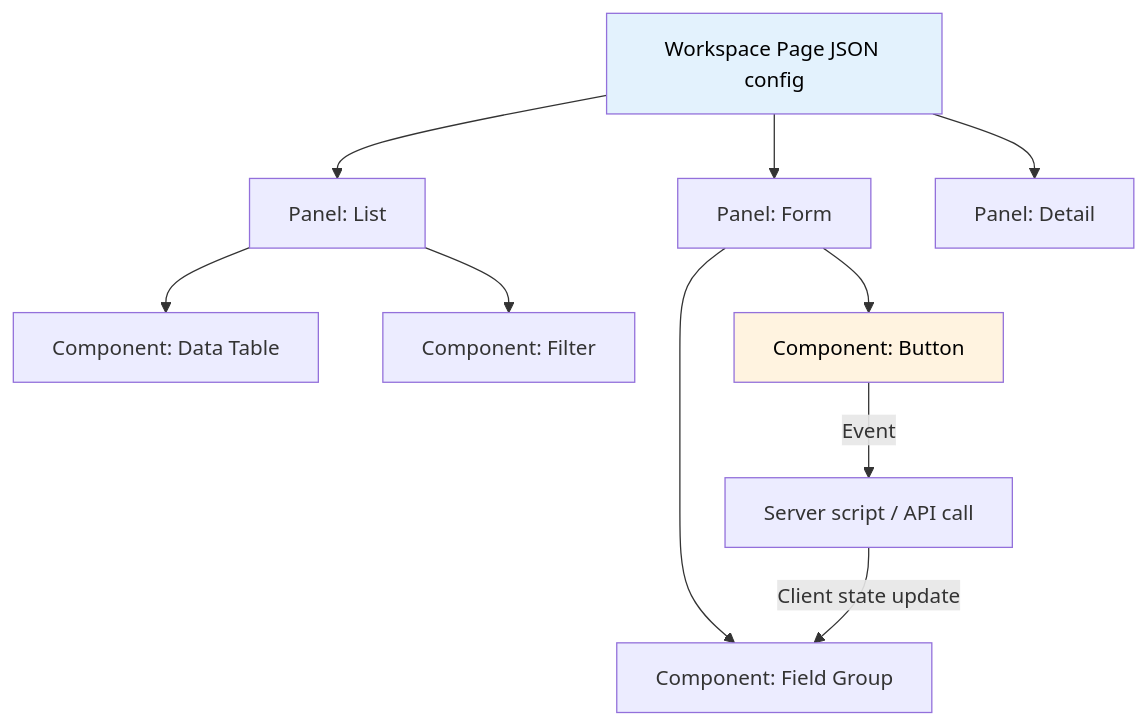
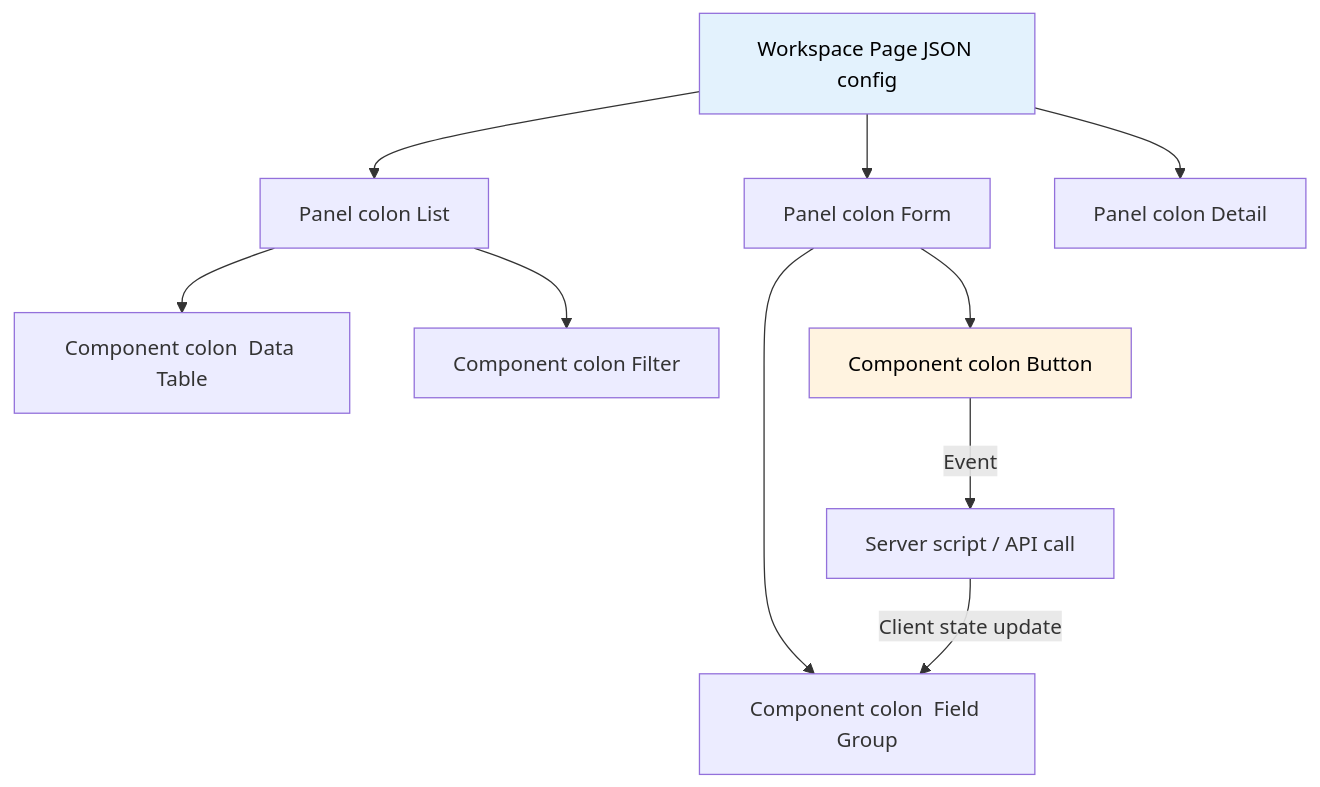
Before and after one commit to eltonaguiar/ServiceNow_Learning_TSOM-_CSM_FSM_SalesCRM_HAM_ITSM: the fourth of 5 diagrams in docs/modules/app-engine/app-engine-guide.md, drawn with Mermaid. The commit also changed other lines of this file and 19 other files, not shown here.

Commit message:
Fix all Mermaid diagram special characters - replace dollar, parens, slashes, quotes, pipes, nested brackets and other unsafe chars inside brackets with safe alternatives across 19 files

````diff
--- a/docs/modules/app-engine/app-engine-guide.md
+++ b/docs/modules/app-engine/app-engine-guide.md
@@ -271,17 +271,17 @@
 ```mermaid
 graph TD
-    Page[Workspace Page JSON config] --> Panel1[Panel: List]
-    Page --> Panel2[Panel: Form]
-    Page --> Panel3[Panel: Detail]
+    Page[Workspace Page JSON config] --> Panel1[Panel colon  List]
+    Page --> Panel2[Panel colon  Form]
+    Page --> Panel3[Panel colon  Detail]
 
-    Panel1 --> Comp1[Component: Data Table]
-    Panel1 --> Comp2[Component: Filter]
+    Panel1 --> Comp1[Component colon  Data Table]
+    Panel1 --> Comp2[Component colon  Filter]
 
-    Panel2 --> Comp3[Component: Field Group]
-    Panel2 --> Comp4[Component: Button]
+    Panel2 --> Comp3[Component colon  Field Group]
+    Panel2 --> Comp4[Component colon  Button]
     Comp4 -->|Event| Server[Server script / API call]
     Server -->|Client state update| Comp3
 
     style Page fill:#e3f2fd,color:#000
     style Comp4 fill:#fff3e0,color:#000
 ```
````
